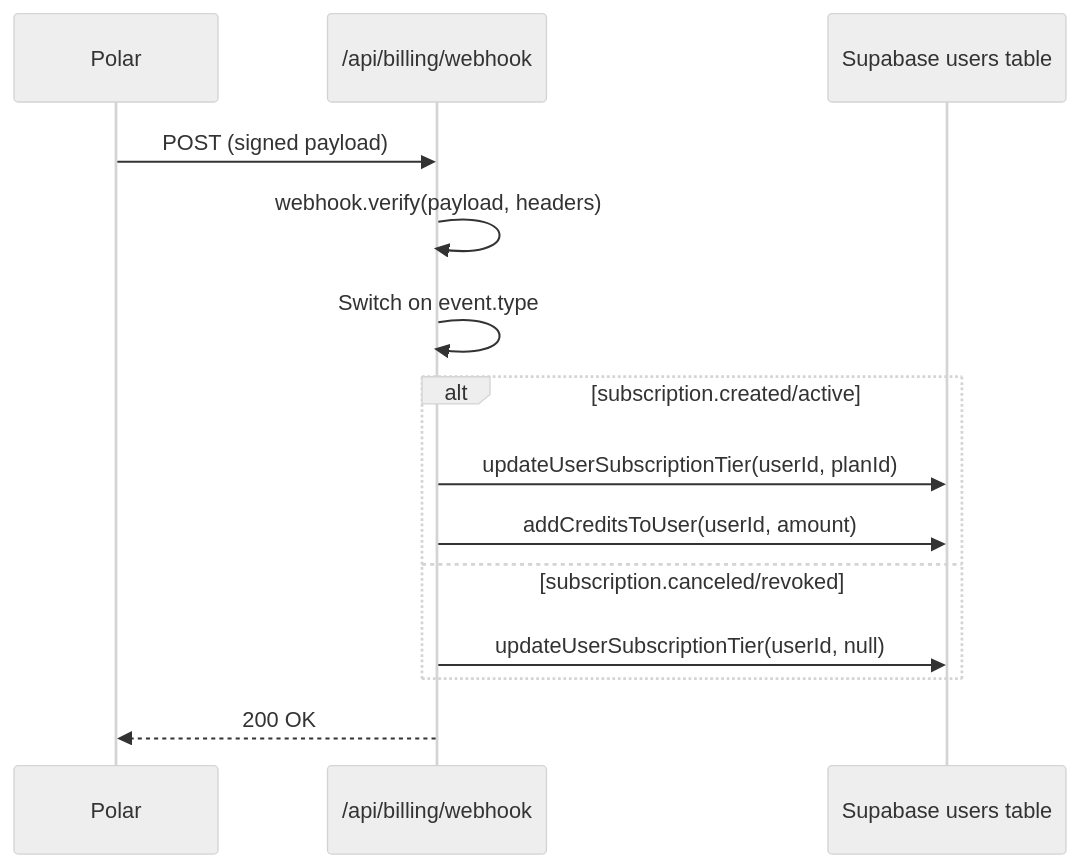
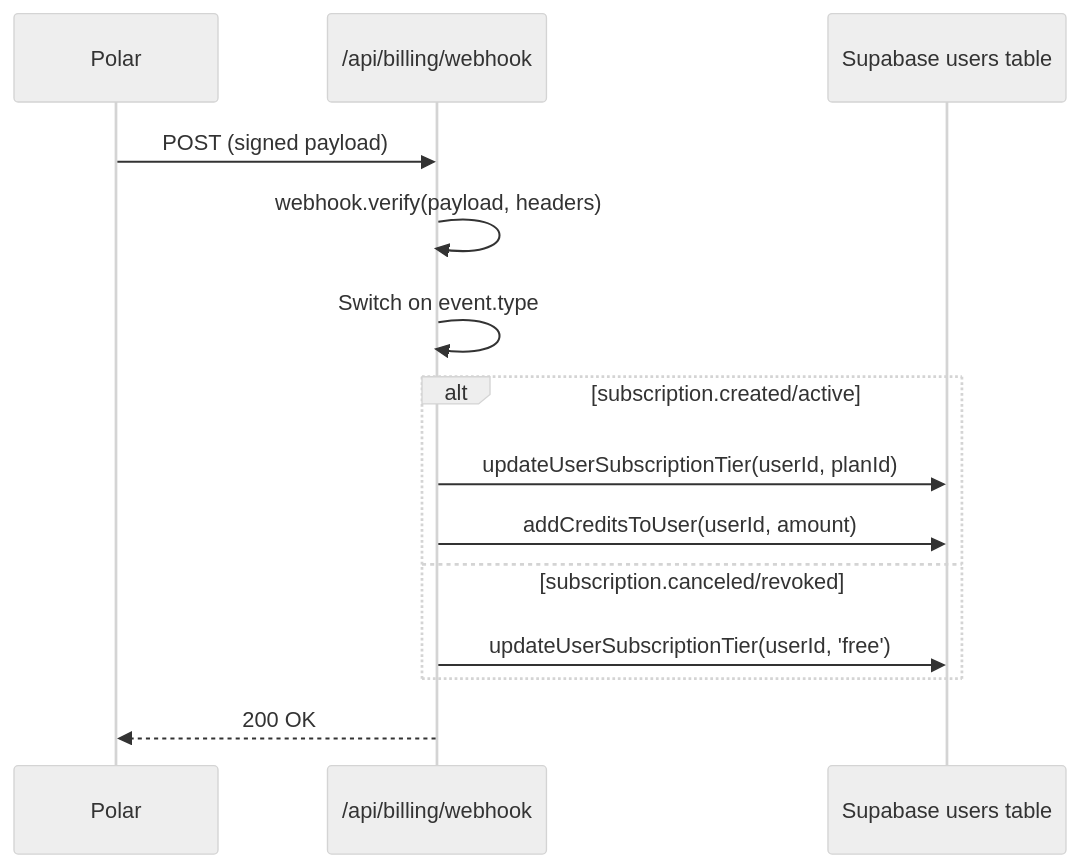
Before and after one commit to blooma-club/blooma: the second of 3 diagrams in docs/polar-subscription-audit.md, drawn with Mermaid (neutral theme). The commit also changed other lines of this file and 45 other files, not shown here.

````diff
--- a/docs/polar-subscription-audit.md
+++ b/docs/polar-subscription-audit.md
@@ -49,17 +52,17 @@
 ```mermaid
 sequenceDiagram
     participant Polar
     participant Webhook as /api/billing/webhook
     participant DB as Supabase users table
-    
+
     Polar->>Webhook: POST (signed payload)
     Webhook->>Webhook: webhook.verify(payload, headers)
     Webhook->>Webhook: Switch on event.type
     alt subscription.created/active
         Webhook->>DB: updateUserSubscriptionTier(userId, planId)
         Webhook->>DB: addCreditsToUser(userId, amount)
     else subscription.canceled/revoked
-        Webhook->>DB: updateUserSubscriptionTier(userId, null)
+        Webhook->>DB: updateUserSubscriptionTier(userId, 'free')
     end
     Webhook-->>Polar: 200 OK
 ```
````
